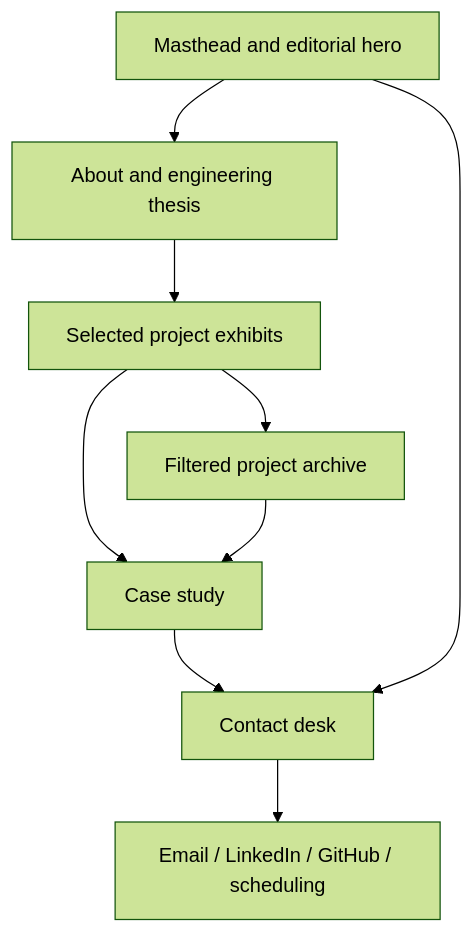
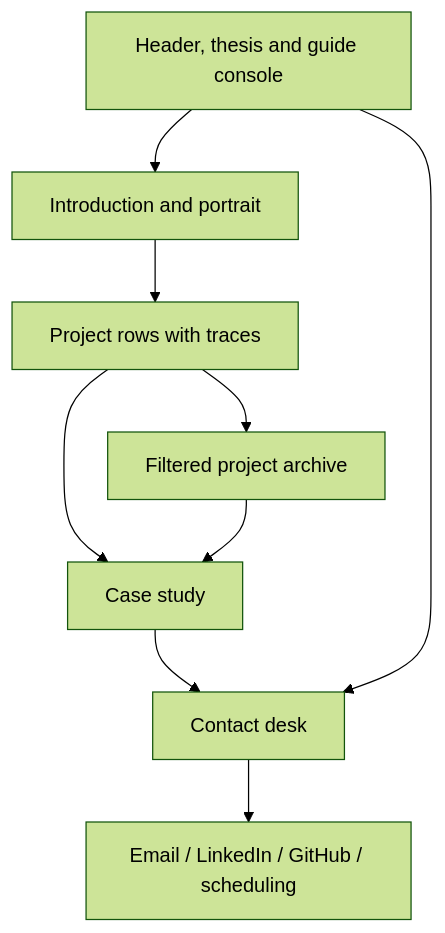
The diagram in docs/design/ui-flow.md (y-bakshi/portfolio), drawn with Mermaid (forest theme) before and after one commit. The commit also changed other lines of this file and 25 other files, not shown here.

````diff
--- a/docs/design/ui-flow.md
+++ b/docs/design/ui-flow.md
@@ -5,11 +5,11 @@
 ```mermaid
 flowchart TD
-  Home[Masthead and editorial hero] --> About[About and engineering thesis]
-  About --> Featured[Selected project exhibits]
+  Home[Header, thesis and guide console] --> About[Introduction and portrait]
+  About --> Featured[Project rows with traces]
   Featured --> Archive[Filtered project archive]
   Featured --> Case[Case study]
   Archive --> Case
   Case --> Contact[Contact desk]
   Home --> Contact
   Contact --> Choices[Email / LinkedIn / GitHub / scheduling]
 ```
````
